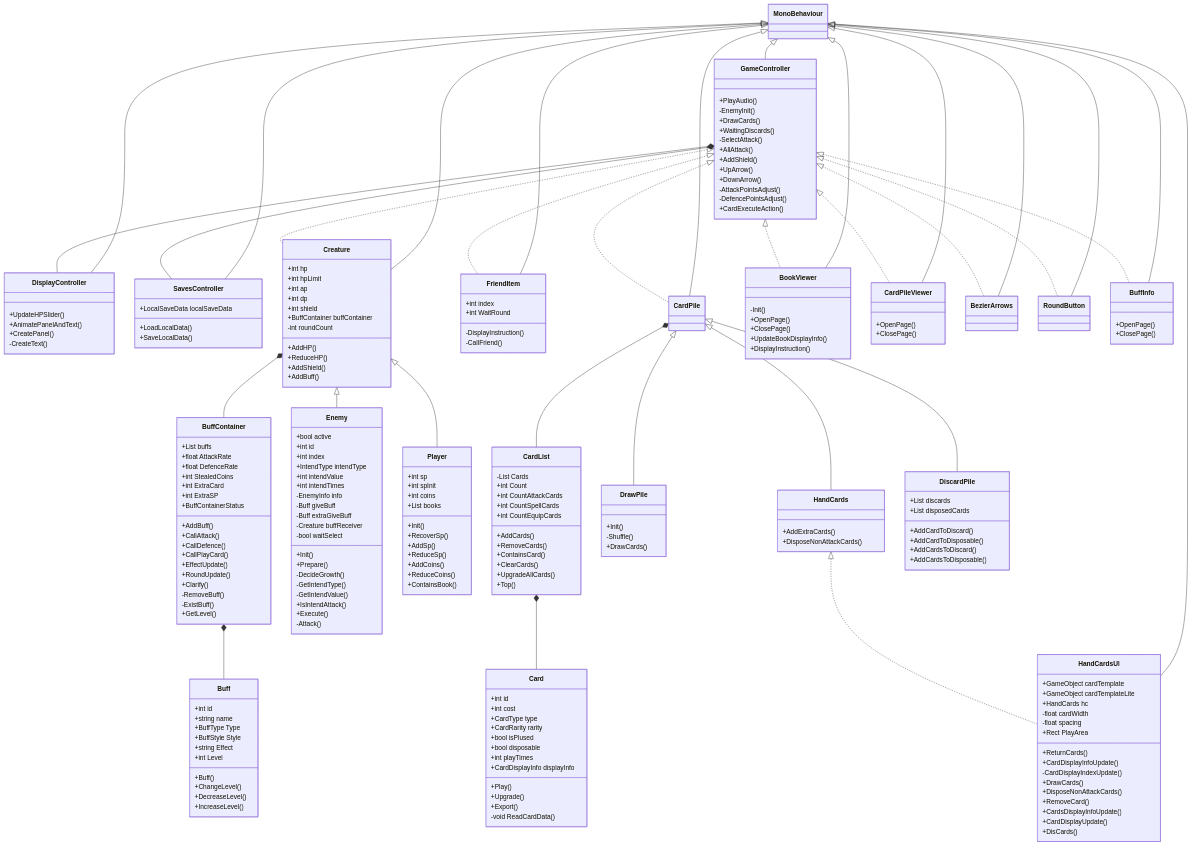
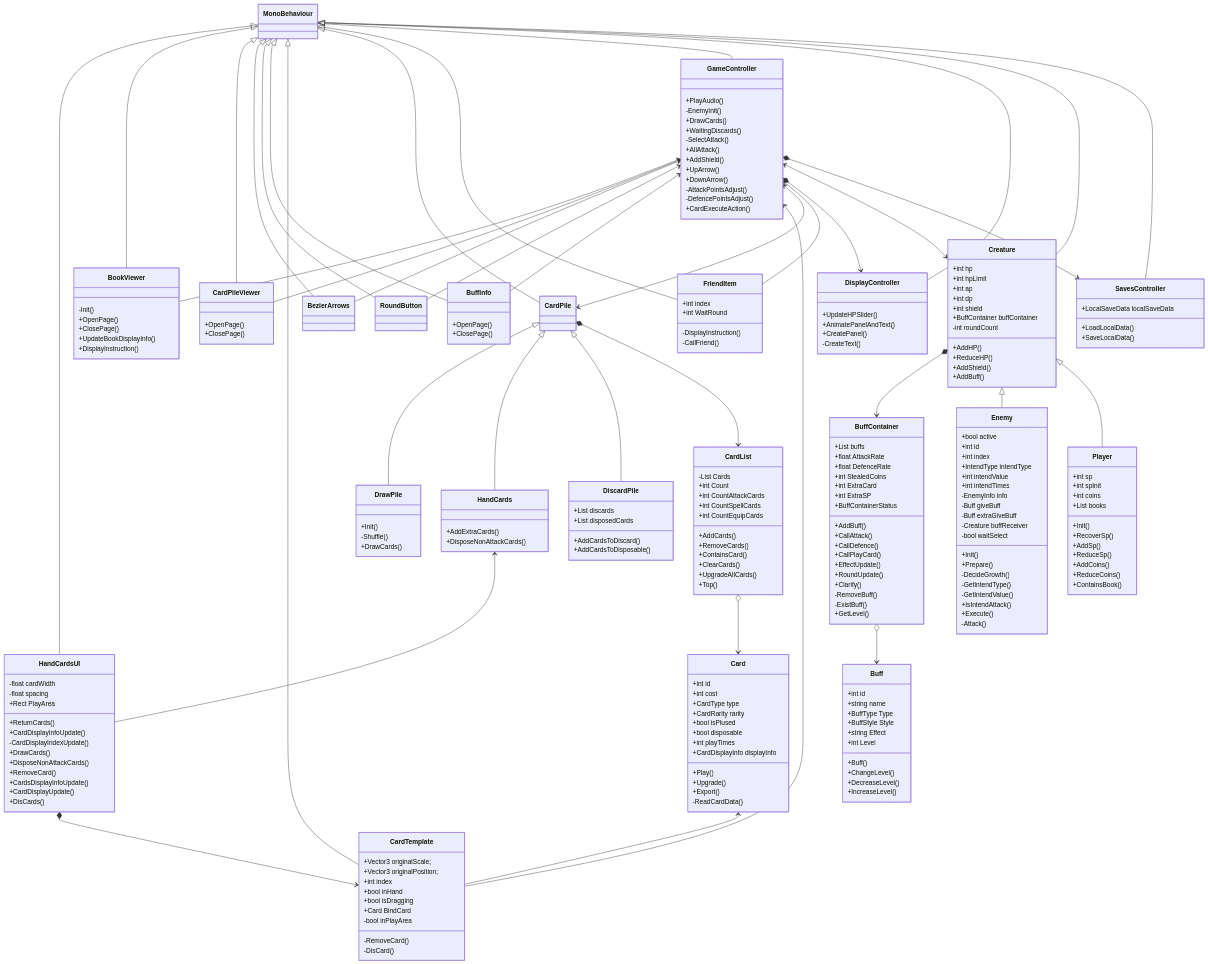
The second of 3 diagrams in README.md (738NGX/SE-LOCM), drawn with Mermaid before and after one commit. The commit also changed other lines of this file and 8 other files, not shown here.

````diff
--- a/README.md
+++ b/README.md
@@ -366,6 +433,41 @@
 ```mermaid
 classDiagram
+CardList o-->Card
+CardPile<|--DrawPile
+CardPile<|--HandCards
+MonoBehaviour<|--HandCardsUI
+HandCards<--HandCardsUI
+CardPile<|--DiscardPile
+MonoBehaviour<|--BookViewer
+GameController<--BookViewer
+MonoBehaviour<|--CardPileViewer
+GameController<--CardPileViewer
+MonoBehaviour<|--BezierArrows
+GameController<--BezierArrows
+MonoBehaviour<|--RoundButton
+GameController<--RoundButton
+MonoBehaviour<|--BuffInfo
+GameController<--BuffInfo
+MonoBehaviour<|--CardTemplate
+GameController<--CardTemplate
+Card<--CardTemplate
+HandCardsUI*-->CardTemplate
+MonoBehaviour<|--CardPile
+GameController<-->CardPile
+CardPile*-->CardList
+MonoBehaviour<|--FriendItem
+GameController<--FriendItem
 MonoBehaviour<|--GameController
+MonoBehaviour<|--DisplayController
+GameController*-->DisplayController
+MonoBehaviour<|--Creature
+GameController<-->Creature
+MonoBehaviour<|--SavesController
+GameController*-->SavesController
+Creature*-->BuffContainer
+BuffContainer o-->Buff
+Creature<|--Enemy
+Creature<|--Player
 class GameController{
     +PlayAudio()
     -EnemyInit()
@@ -380,23 +482,17 @@
     -DefencePointsAdjust()
     +CardExecuteAction()
 }
-MonoBehaviour<|--DisplayController
-GameController*--DisplayController
 class DisplayController{
 	+UpdateHPSlider()
     +AnimatePanelAndText()
     +CreatePanel()
     -CreateText()
 }
-MonoBehaviour<|--SavesController
-GameController*--SavesController
 class SavesController{
     +LocalSaveData localSaveData
     +LoadLocalData()
     +SaveLocalData()
-} 
-MonoBehaviour<|--Creature
-GameController<|..Creature
+}
 class Creature{
     +int hp
     +int hpLimit
@@ -410,7 +506,6 @@
     +AddShield()
     +AddBuff()
 }
-Creature*--BuffContainer
 class BuffContainer{
     +List<Buff> buffs
     +float AttackRate
@@ -430,7 +525,6 @@
     -ExistBuff()
     +GetLevel()
 }
-BuffContainer*--Buff
 class Buff{
     +int id
     +string name
@@ -443,7 +537,6 @@
     +DecreaseLevel()
     +IncreaseLevel()
 }
-Creature<|--Enemy
 class Enemy{
     +bool active
     +int id
@@ -465,7 +558,6 @@
     +Execute()
     -Attack()
 }
-Creature<|--Player
 class Player{
     +int sp
     +int spInit
@@ -479,17 +571,12 @@
     +ReduceCoins()
     +ContainsBook()
 }
-MonoBehaviour<|--FriendItem
-GameController<|..FriendItem
 class FriendItem{
     +int index
     +int WaitRound
     -DisplayInstruction()
     -CallFriend()
 }
-MonoBehaviour<|--CardPile
-GameController<|..CardPile
-CardPile*--CardList
 class CardList{
     -List<Card> Cards
     +int Count
@@ -503,7 +590,6 @@
     +UpgradeAllCards()
     +Top()
 }
-CardList*--Card
 class Card{
     +int id
     +int cost
@@ -516,25 +602,18 @@
     +Play()
     +Upgrade()
     +Export()
-    -void ReadCardData()
+    -ReadCardData()
 }
-CardPile<|--DrawPile
 class DrawPile{
     +Init()
     -Shuffle()
     +DrawCards()
 }
-CardPile<|--HandCards
 class HandCards{
     +AddExtraCards()
     +DisposeNonAttackCards()
 }
-MonoBehaviour<|--HandCardsUI
-HandCards<|..HandCardsUI
 class HandCardsUI{
-    +GameObject cardTemplate
-    +GameObject cardTemplateLite
-    +HandCards hc
     -float cardWidth
     -float spacing    
     +Rect PlayArea
@@ -548,17 +627,12 @@
     +CardDisplayUpdate()
     +DisCards()
 }
-CardPile<|--DiscardPile
 class DiscardPile{
     +List<Card> discards
     +List<Card> disposedCards
-    +AddCardToDiscard()
-    +AddCardToDisposable()
     +AddCardsToDiscard()
     +AddCardsToDisposable()
 }
-MonoBehaviour<|--BookViewer
-GameController<|..BookViewer
 class BookViewer{
     -Init()
     +OpenPage()
@@ -566,20 +640,23 @@
     +UpdateBookDisplayInfo()
     +DisplayInstruction()
 }
-MonoBehaviour<|--CardPileViewer
-GameController<|..CardPileViewer
 class CardPileViewer{
     +OpenPage()
     +ClosePage()
 }
-MonoBehaviour<|--BezierArrows
-GameController<|..BezierArrows
-MonoBehaviour<|--RoundButton
-GameController<|..RoundButton
-MonoBehaviour<|--BuffInfo
-GameController<|..BuffInfo
 class BuffInfo{
     +OpenPage()
     +ClosePage()
 }
+class CardTemplate{
+    +Vector3 originalScale;
+    +Vector3 originalPosition;
+    +int index
+    +bool inHand
+    +bool isDragging
+    +Card BindCard
+    -bool inPlayArea
+    -RemoveCard()
+    -DisCard()
+}
 ```
````
